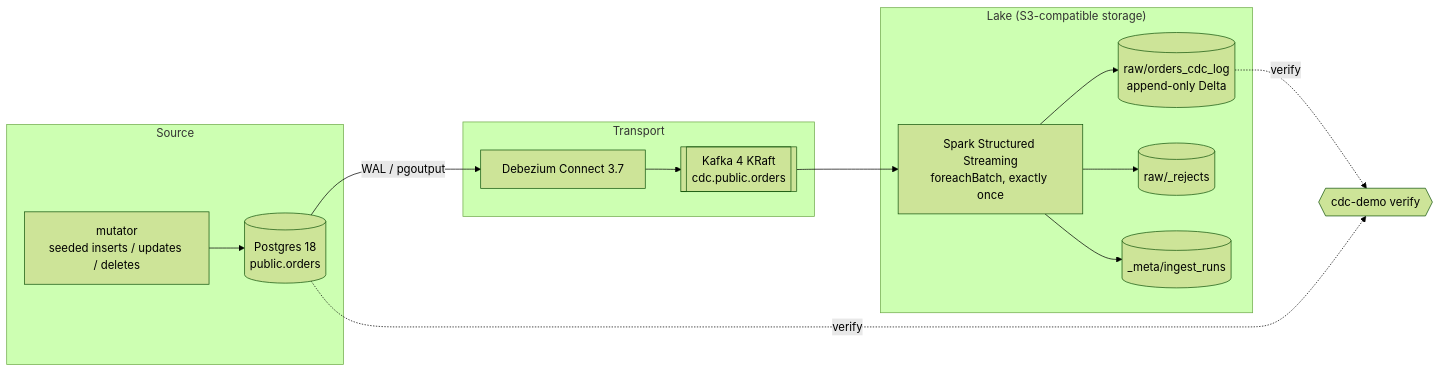
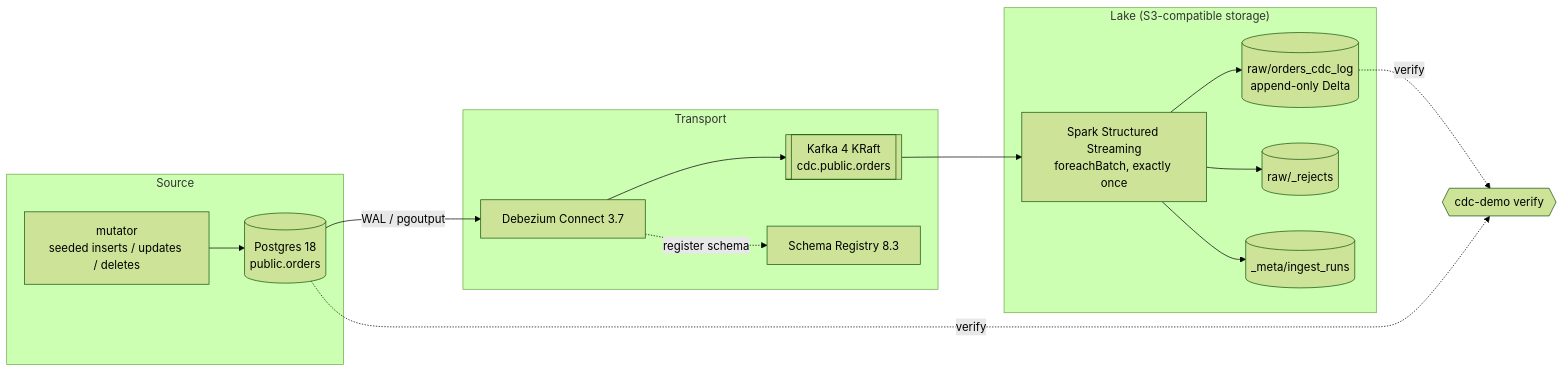
Before and after one commit to emanuel-luis/cdc-streaming-demo: the diagram in README.md, drawn with Mermaid (forest theme). The commit also changed other lines of this file and 4 other files, not shown here.

````diff
--- a/README.md
+++ b/README.md
@@ -28,18 +28,19 @@
 ```mermaid
 flowchart LR
     subgraph Source
         MUT[mutator<br/>seeded inserts / updates / deletes] --> PG[(Postgres 18<br/>public.orders)]
     end
     subgraph Transport
         PG -- WAL / pgoutput --> DBZ[Debezium Connect 3.7]
         DBZ --> KFK[[Kafka 4 KRaft<br/>cdc.public.orders]]
+        DBZ -. register schema .-> SR[Schema Registry 8.3]
     end
     subgraph Lake["Lake (S3-compatible storage)"]
         KFK --> SSS[Spark Structured Streaming<br/>foreachBatch, exactly once]
         SSS --> RAW[(raw/orders_cdc_log<br/>append-only Delta)]
         SSS --> REJ[(raw/_rejects)]
         SSS --> RUNS[(_meta/ingest_runs)]
     end
     RAW -. verify .-> CHECK{{cdc-demo verify}}
     PG -. verify .-> CHECK
 ```
````
